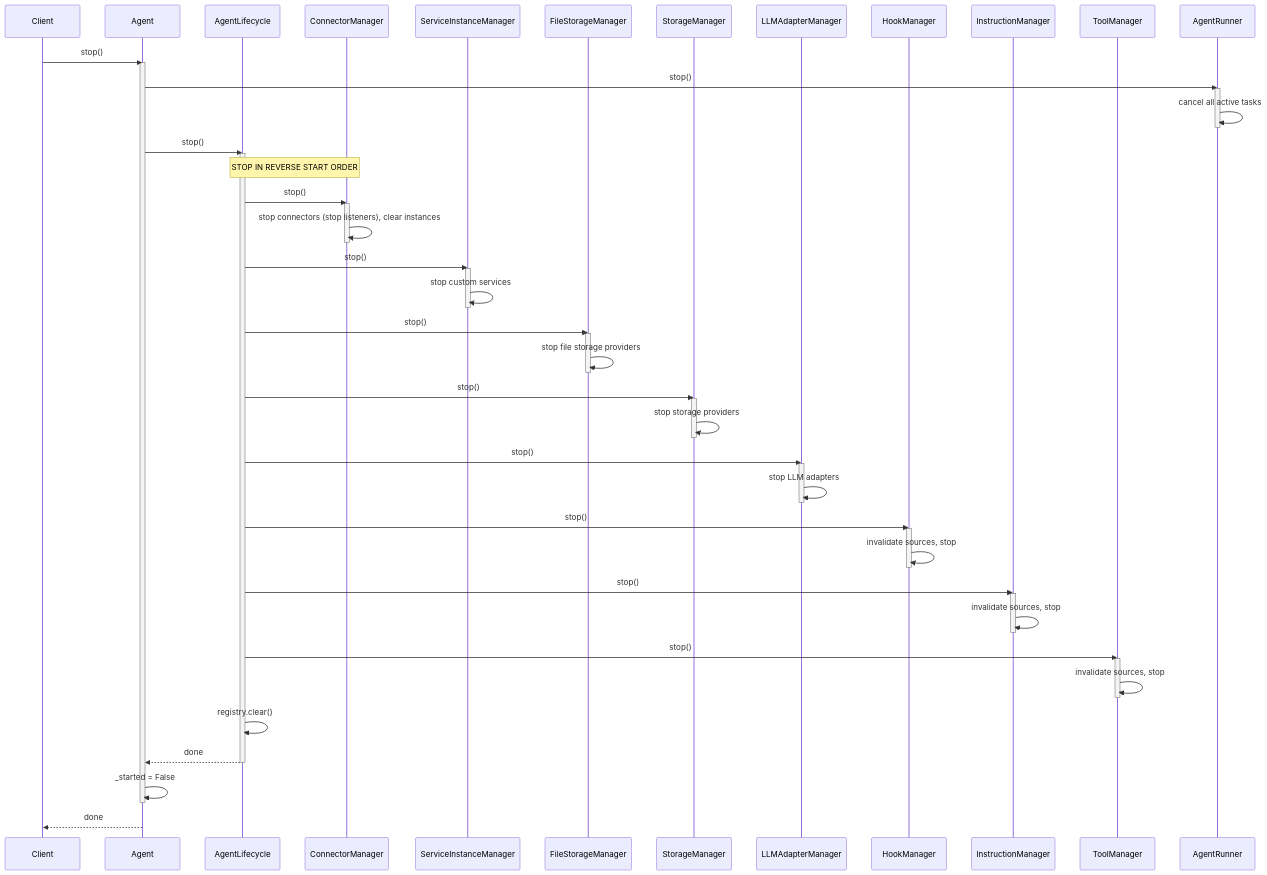
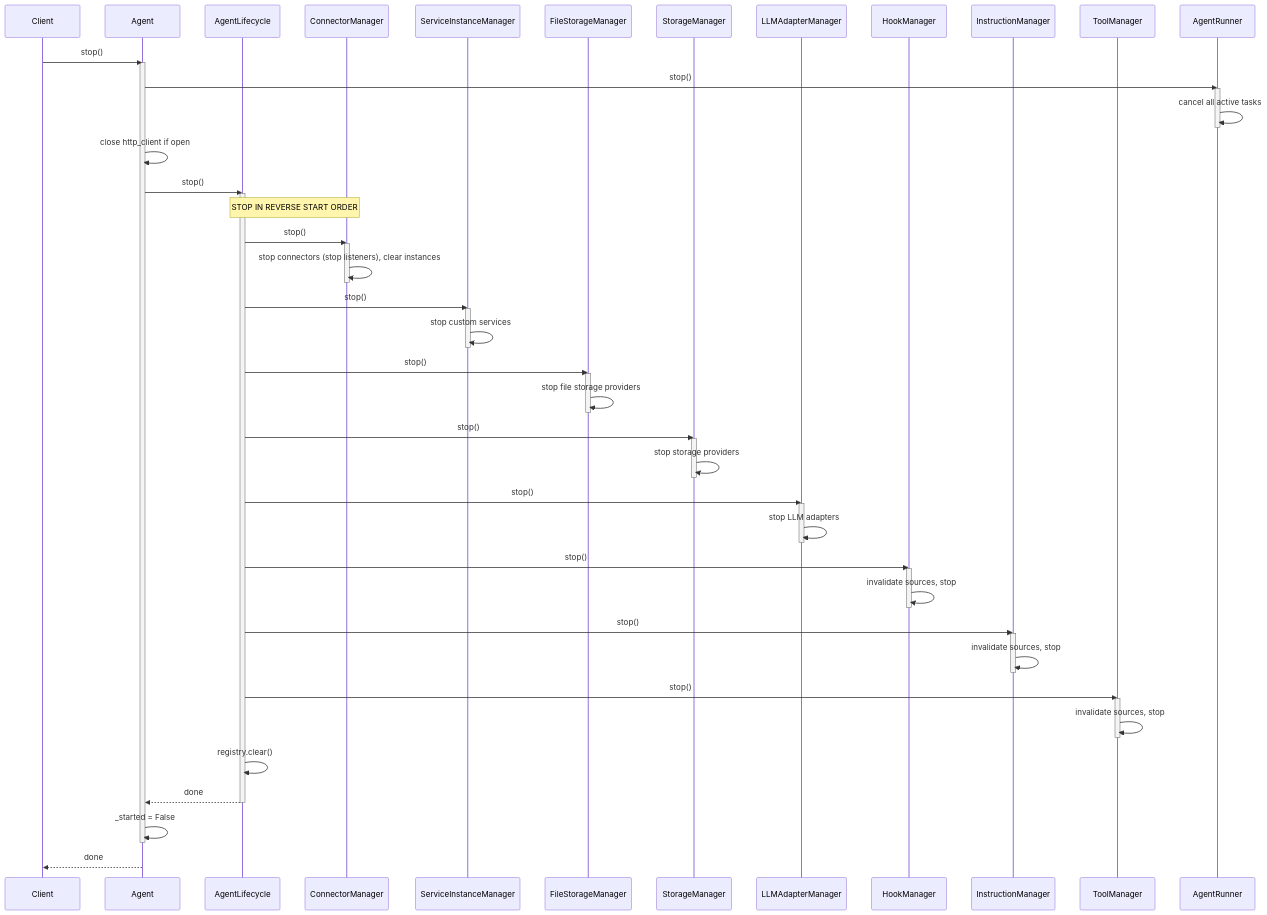
Before and after one commit to matrixd0t/commamatrix: the seventh of 13 diagrams in visuals.md, drawn with Mermaid. The commit also changed other lines of this file and 52 other files, not shown here.

````diff
--- a/visuals.md
+++ b/visuals.md
@@ -357,76 +364,78 @@
 ```mermaid
 sequenceDiagram
     participant Client
     participant Agent
     participant SM as AgentLifecycle
     participant ConM as ConnectorManager
     participant SMgr as ServiceInstanceManager
     participant FStM as FileStorageManager
     participant StM as StorageManager
     participant LM as LLMAdapterManager
     participant HM as HookManager
     participant IM as InstructionManager
     participant TM as ToolManager
     participant Runner as AgentRunner
 
     Client->>Agent: stop()
     activate Agent
 
     Agent->>Runner: stop()
     activate Runner
     Runner->>Runner: cancel all active tasks
     deactivate Runner
+
+    Agent->>Agent: close http_client if open
 
     Agent->>SM: stop()
     activate SM
 
     Note over SM,ConM: STOP IN REVERSE START ORDER
 
     SM->>ConM: stop()
     activate ConM
     ConM->>ConM: stop connectors (stop listeners), clear instances
     deactivate ConM
 
     SM->>SMgr: stop()
     activate SMgr
     SMgr->>SMgr: stop custom services
     deactivate SMgr
 
     SM->>FStM: stop()
     activate FStM
     FStM->>FStM: stop file storage providers
     deactivate FStM
 
     SM->>StM: stop()
     activate StM
     StM->>StM: stop storage providers
     deactivate StM
 
     SM->>LM: stop()
     activate LM
     LM->>LM: stop LLM adapters
     deactivate LM
 
     SM->>HM: stop()
     activate HM
     HM->>HM: invalidate sources, stop
     deactivate HM
 
     SM->>IM: stop()
     activate IM
     IM->>IM: invalidate sources, stop
     deactivate IM
 
     SM->>TM: stop()
     activate TM
     TM->>TM: invalidate sources, stop
     deactivate TM
 
     SM->>SM: registry.clear()
     SM-->>Agent: done
     deactivate SM
 
     Agent->>Agent: _started = False
     deactivate Agent
     Agent-->>Client: done
 ```
````
